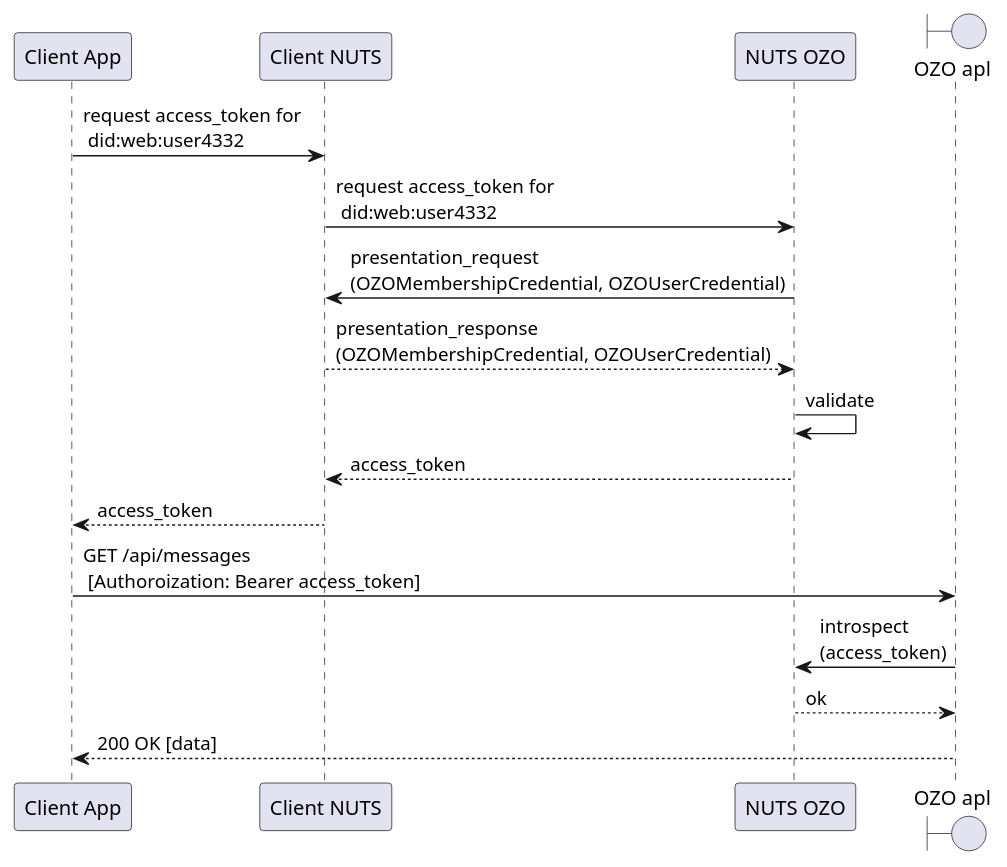
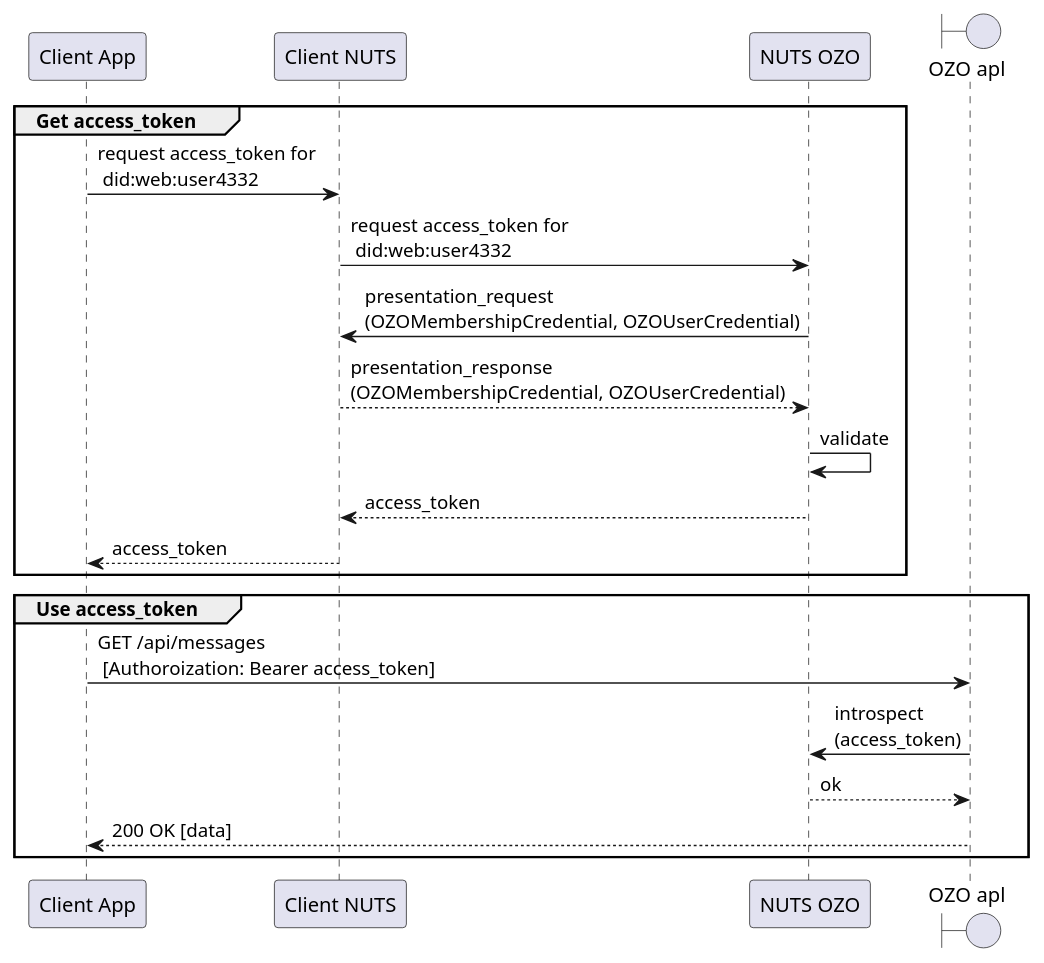
The diagram in input/images-source/nuts_access_token.plantuml (ozoverbindzorg/integrale-netwerk-communicatie), drawn with PlantUML before and after one commit.

Commit message:
Group access token operations in PlantUML diagram.
Introduce logical groupings for access token retrieval and usage processes in the PlantUML diagram. This enhances readability and organization, making it easier to understand the flows involved.

```diff
--- a/input/images-source/nuts_access_token.plantuml
+++ b/input/images-source/nuts_access_token.plantuml
@@ -1,19 +1,22 @@
 @startuml
 participant "Client App" as client_app
 participant "Client NUTS" as client_nuts
 
 participant "NUTS OZO" as nuts_ozo
 boundary "OZO apl" as ozo_api
-
+group Get access_token
 client_app -> client_nuts: request access_token for\n did:web:user4332
 client_nuts -> nuts_ozo: request access_token for\n did:web:user4332
 nuts_ozo -> client_nuts: presentation_request \n(OZOMembershipCredential, OZOUserCredential)
 client_nuts --> nuts_ozo: presentation_response \n(OZOMembershipCredential, OZOUserCredential)
 nuts_ozo -> nuts_ozo: validate
 nuts_ozo --> client_nuts: access_token
 client_nuts --> client_app: access_token
+end
+group Use access_token
 client_app -> ozo_api: GET /api/messages \n [Authoroization: Bearer access_token]
 ozo_api -> nuts_ozo: introspect\n(access_token)
 nuts_ozo --> ozo_api: ok
 ozo_api --> client_app: 200 OK [data]
+end
 @enduml
```
